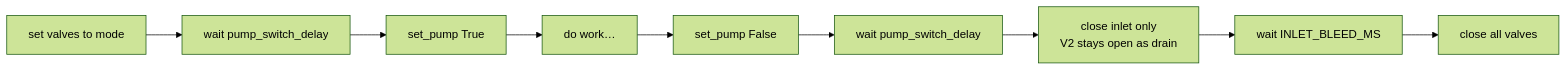
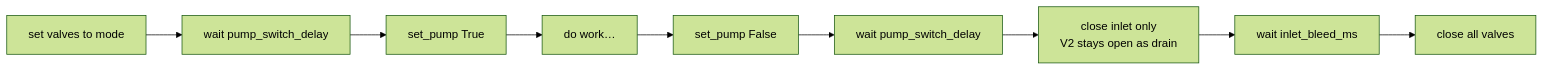
The second of 2 diagrams in docs/flowchart.md (ednarb29/reverse-osmosis-filtration-pump-diy), drawn with Mermaid (forest theme) before and after one commit. The commit also changed other lines of this file and 4 other files, not shown here.

First line of the commit message:
Move INLET_BLEED_MS into CONFIG as inlet_bleed_ms

````diff
--- a/docs/flowchart.md
+++ b/docs/flowchart.md
@@ -75,11 +75,11 @@
 ```mermaid
 flowchart LR
     A[set valves to mode] --> B[wait pump_switch_delay]
     B --> C[set_pump True]
     C --> D[do work…]
     D --> E[set_pump False]
     E --> F[wait pump_switch_delay]
     F --> G[close inlet only<br/>V2 stays open as drain]
-    G --> H[wait INLET_BLEED_MS]
+    G --> H[wait inlet_bleed_ms]
     H --> I[close all valves]
 ```
````
